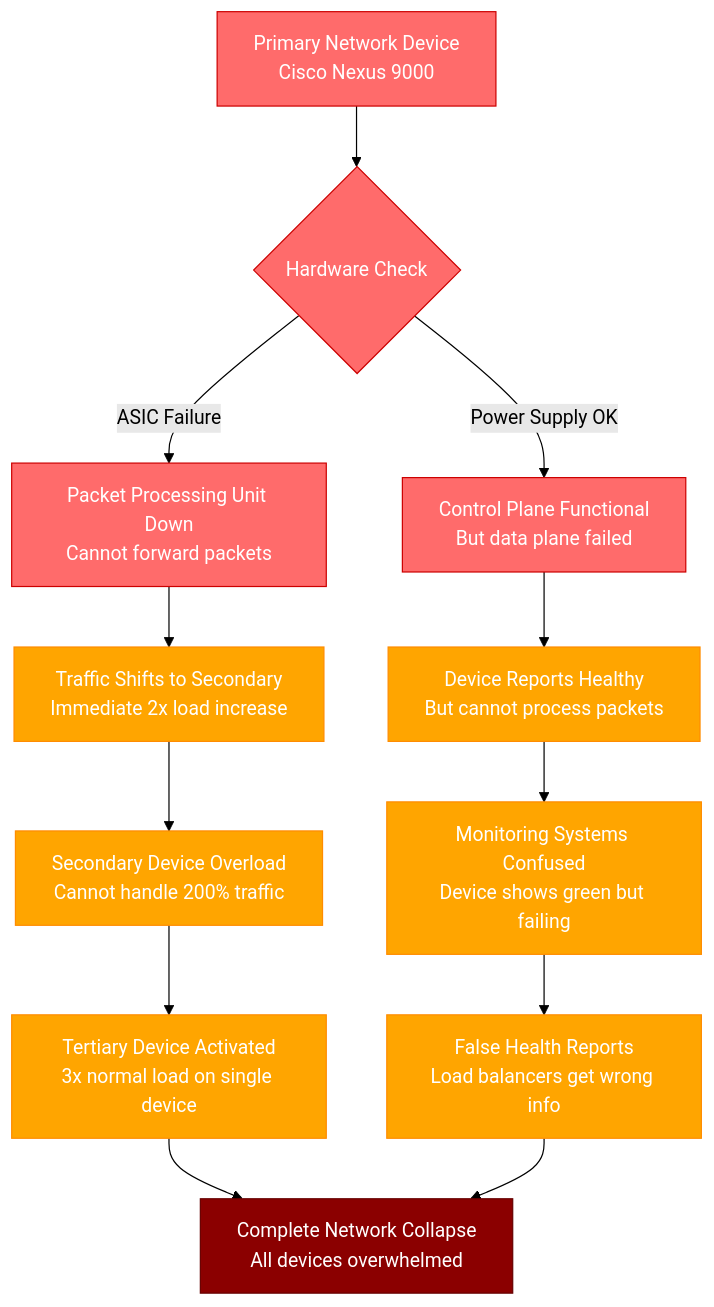
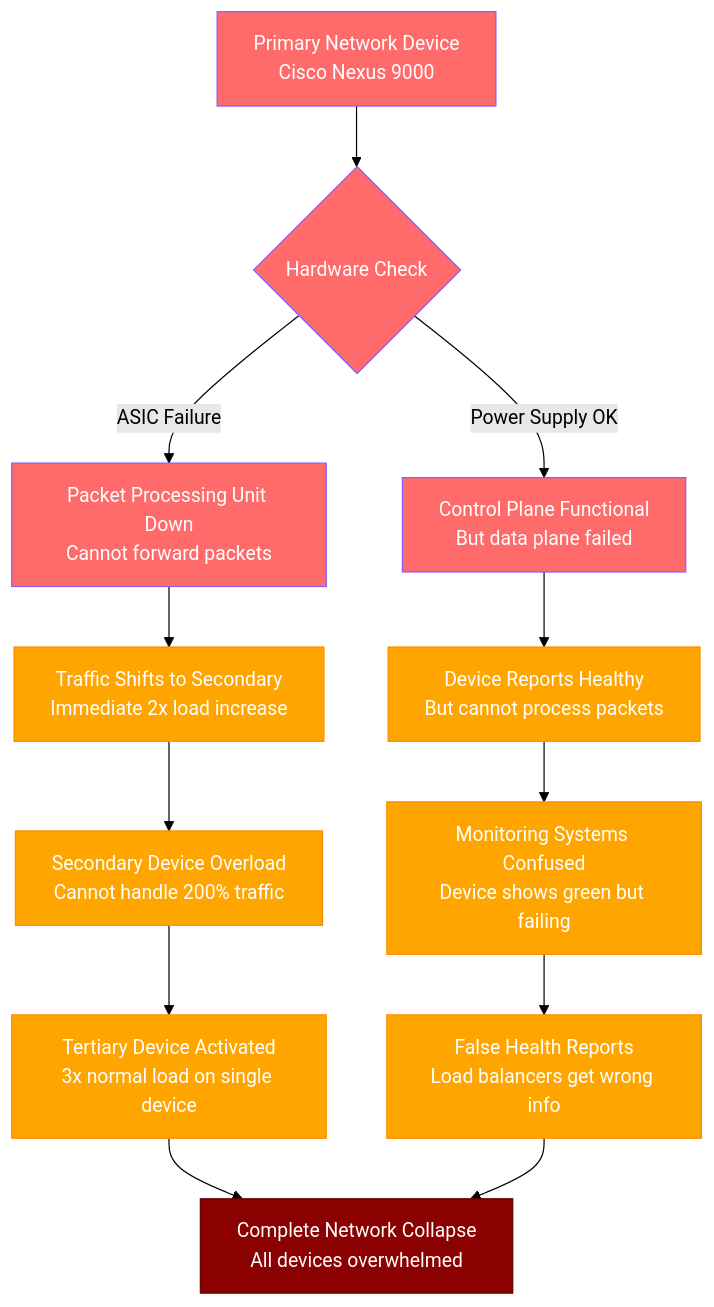
Before and after one commit to deepaucksharma/DS: the sixth of 10 diagrams in site/docs/incidents/aws-us-east-1-2021.md, drawn with Mermaid (forest theme). The commit also changed other lines of this file and 303 other files, not shown here.

````diff
--- a/site/docs/incidents/aws-us-east-1-2021.md
+++ b/site/docs/incidents/aws-us-east-1-2021.md
@@ -228,26 +228,26 @@
 ```mermaid
 flowchart TD
     A[Primary Network Device<br/>Cisco Nexus 9000] --> B{Hardware Check}
     B -->|ASIC Failure| C[Packet Processing Unit Down<br/>Cannot forward packets]
     B -->|Power Supply OK| D[Control Plane Functional<br/>But data plane failed]
 
     C --> E[Traffic Shifts to Secondary<br/>Immediate 2x load increase]
     D --> F[Device Reports Healthy<br/>But cannot process packets]
 
     E --> G[Secondary Device Overload<br/>Cannot handle 200% traffic]
     F --> H[Monitoring Systems Confused<br/>Device shows green but failing]
 
     G --> I[Tertiary Device Activated<br/>3x normal load on single device]
     H --> J[False Health Reports<br/>Load balancers get wrong info]
 
     I --> K[Complete Network Collapse<br/>All devices overwhelmed]
     J --> K
 
-    classDef hardware fill:#FF6B6B,stroke:#CC0000,color:#fff
+    classDef hardware fill:#FF6B6B,stroke:#8B5CF6,color:#fff
     classDef cascade fill:#FFA500,stroke:#FF8C00,color:#fff
     classDef collapse fill:#8B0000,stroke:#660000,color:#fff
 
     class A,B,C,D hardware
     class E,F,G,H,I,J cascade
     class K collapse
 ```
````
